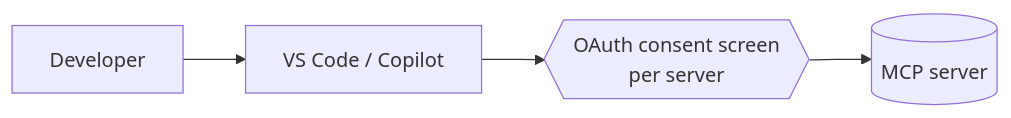
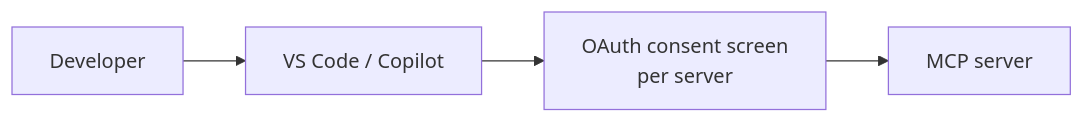
Before and after one commit to hiddedesmet/myblog: the first of 2 diagrams in _posts/2026-06-26-mcp-enterprise-authorization.md, drawn with Mermaid. The commit also changed other lines of this file, not shown here.

Commit message:
fix: update diagram labels for consistency in MCP enterprise authorization post

````diff
--- a/_posts/2026-06-26-mcp-enterprise-authorization.md
+++ b/_posts/2026-06-26-mcp-enterprise-authorization.md
@@ -42,6 +42,6 @@
 ```mermaid
 flowchart LR
     A["Developer"] --> B["VS Code / Copilot"]
-    B --> C{{"OAuth consent screen<br/>per server"}}
-    C --> D[("MCP server")]
+    B --> C["OAuth consent screen<br/>per server"]
+    C --> D["MCP server"]
 ```
````
